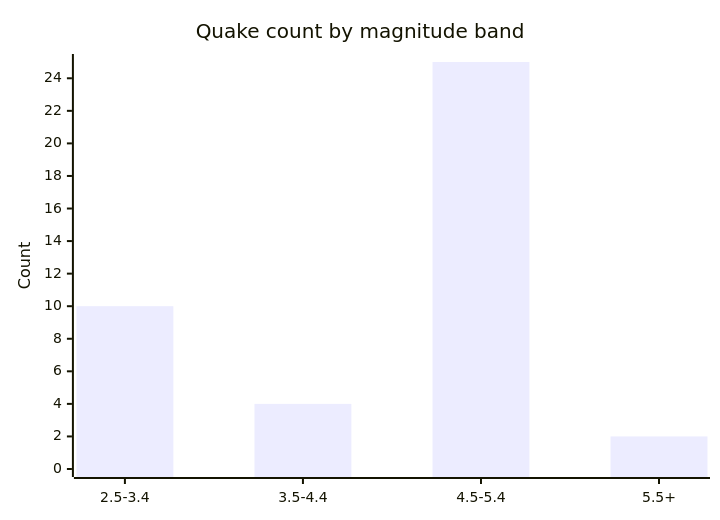
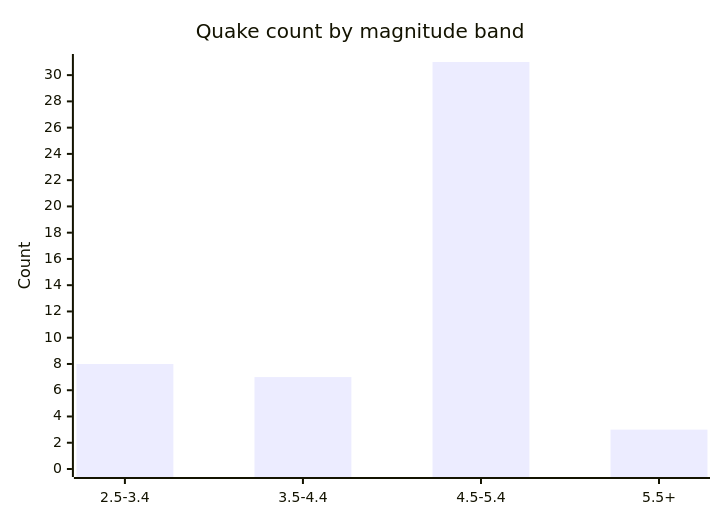
One commit to Midwest-Stratospheric/aerostratospheric-defense-gir changed the fifth of 6 diagrams in docs/GRAPHS.md. Above: the diagram before and after it, drawn with Mermaid. The commit also changed other lines of this file and 23 other files, not shown here.

````diff
--- a/docs/GRAPHS.md
+++ b/docs/GRAPHS.md
@@ -82,7 +82,7 @@
 ```mermaid
 xychart-beta
   title "Quake count by magnitude band"
   x-axis ["2.5-3.4", "3.5-4.4", "4.5-5.4", "5.5+"]
-  y-axis "Count" 0 --> 25
-  bar [10, 4, 25, 2]
+  y-axis "Count" 0 --> 31
+  bar [8, 7, 31, 3]
 ```
````
